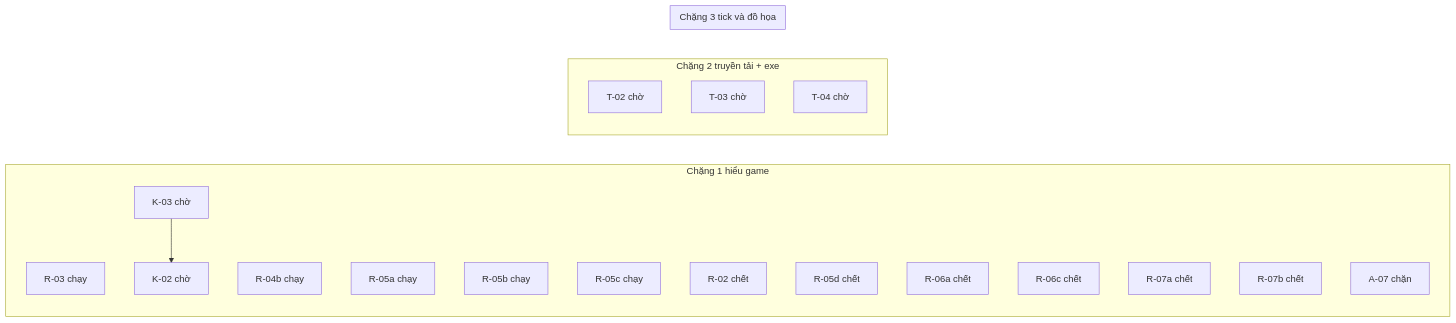
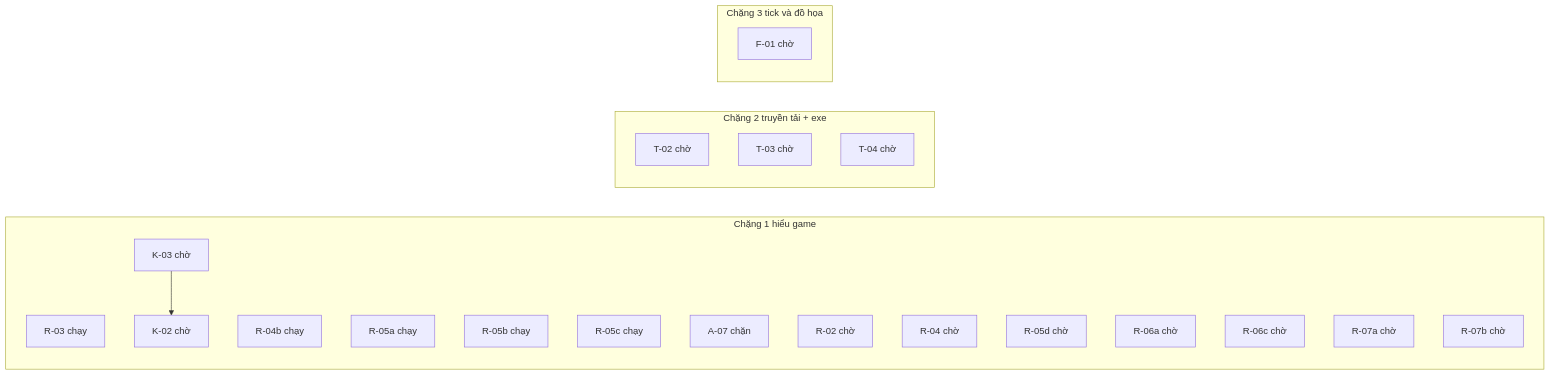
One commit to ndtangoss-dev/jx1-reports changed the diagram in JX1_OPS/STATE/TIEN-DO.md. Above: the diagram before and after it, drawn with Mermaid. The commit also changed other lines of this file and 8 other files, not shown here.

````diff
--- a/JX1_OPS/STATE/TIEN-DO.md
+++ b/JX1_OPS/STATE/TIEN-DO.md
@@ -9,27 +9,29 @@
 ```mermaid
 flowchart LR
   subgraph S1["Chặng 1 hiểu game"]
     R_03["R-03 chạy"]
     R_04b["R-04b chạy"]
     R_05a["R-05a chạy"]
     R_05b["R-05b chạy"]
     R_05c["R-05c chạy"]
-    R_02["R-02 chết"]
-    R_05d["R-05d chết"]
-    R_06a["R-06a chết"]
-    R_06c["R-06c chết"]
-    R_07a["R-07a chết"]
-    R_07b["R-07b chết"]
     A_07["A-07 chặn"]
     K_02["K-02 chờ"]
     K_03["K-03 chờ"]
+    R_02["R-02 chờ"]
+    R_04["R-04 chờ"]
+    R_05d["R-05d chờ"]
+    R_06a["R-06a chờ"]
+    R_06c["R-06c chờ"]
+    R_07a["R-07a chờ"]
+    R_07b["R-07b chờ"]
   end
   subgraph S2["Chặng 2 truyền tải + exe"]
     T_02["T-02 chờ"]
     T_03["T-03 chờ"]
     T_04["T-04 chờ"]
   end
   subgraph S3["Chặng 3 tick và đồ họa"]
+    F_01["F-01 chờ"]
   end
   K_03 --> K_02
 ```
````
